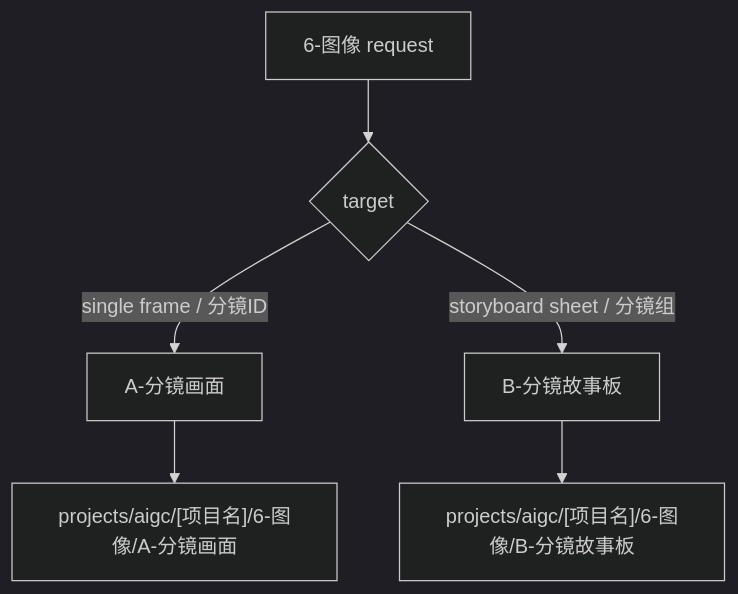
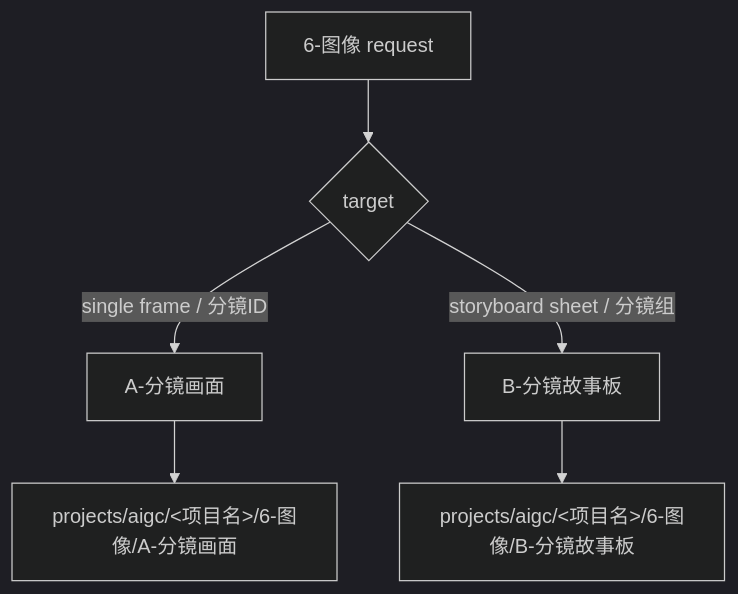
One commit to ZEN-VOID/AI-CUT changed the diagram in .agents/skills/aigc/6-图像/SKILL.md. Above: the diagram before and after it, drawn with Mermaid (dark theme). The commit also changed other lines of this file and 103 other files, not shown here.

````diff
--- a/.agents/skills/aigc/6-图像/SKILL.md
+++ b/.agents/skills/aigc/6-图像/SKILL.md
@@ -54,8 +55,8 @@
 ```mermaid
 flowchart TD
     A["6-图像 request"] --> B{"target"}
     B -->|"single frame / 分镜ID"| C["A-分镜画面"]
     B -->|"storyboard sheet / 分镜组"| D["B-分镜故事板"]
-    C --> E["projects/aigc/[项目名]/6-图像/A-分镜画面"]
-    D --> F["projects/aigc/[项目名]/6-图像/B-分镜故事板"]
+    C --> E["projects/aigc/<项目名>/6-图像/A-分镜画面"]
+    D --> F["projects/aigc/<项目名>/6-图像/B-分镜故事板"]
 ```
````
